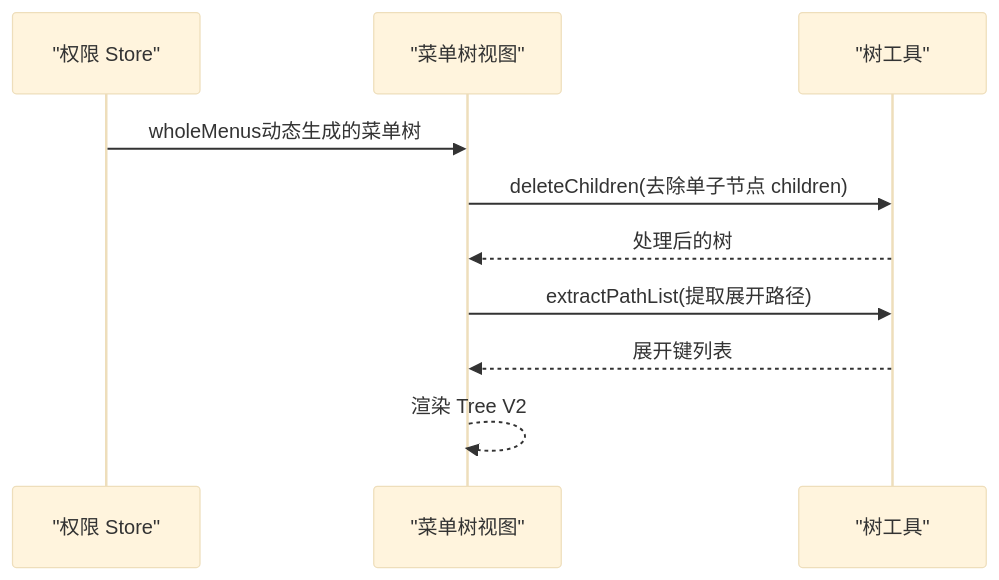
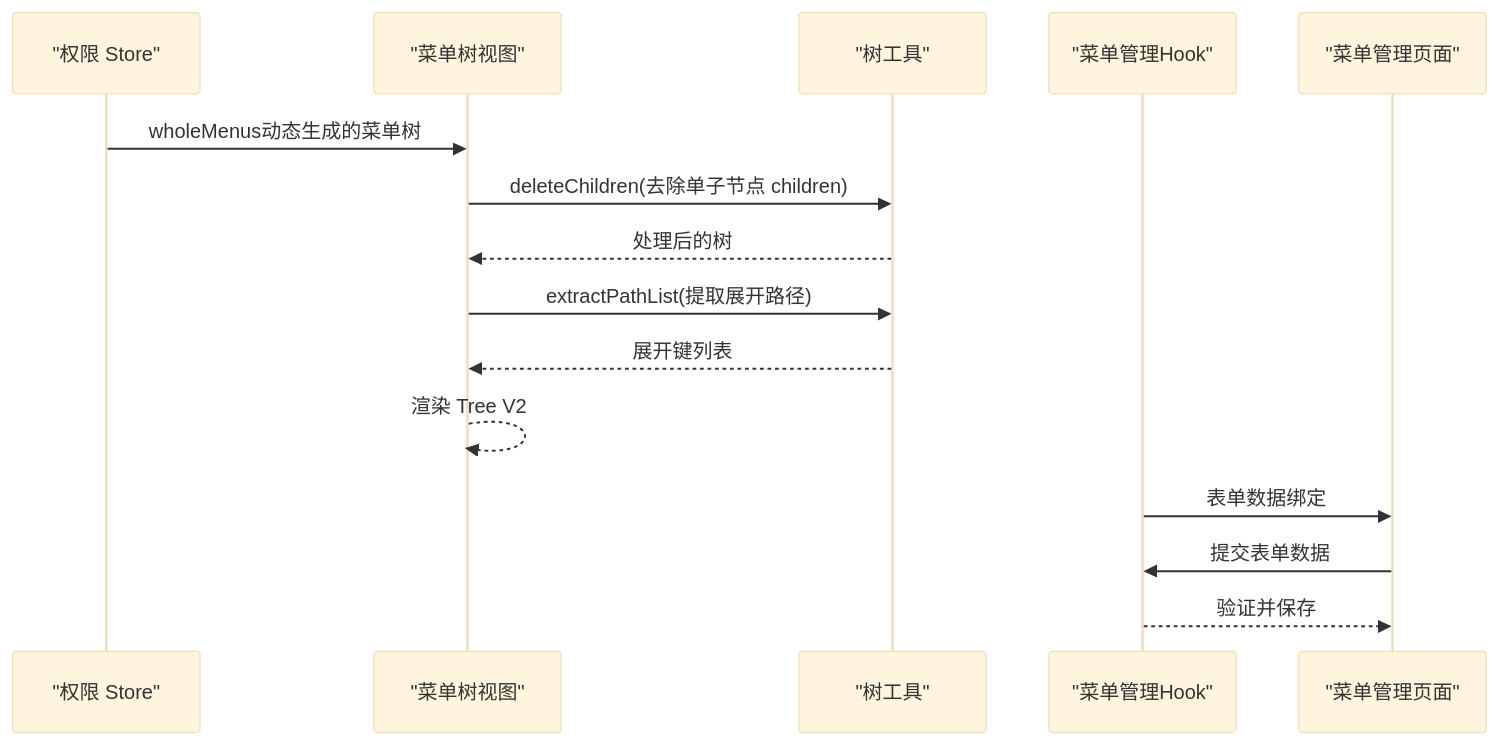
The seventh of 9 diagrams in .qoder/repowiki/zh/content/数据库设计/数据模型设计/菜单实体模型.md (taoweidong/Hello-FastApi), drawn with Mermaid (base theme) before and after one commit. The commit also changed other lines of this file and 11 other files, not shown here.

````diff
--- a/.qoder/repowiki/zh/content/数据库设计/数据模型设计/菜单实体模型.md
+++ b/.qoder/repowiki/zh/content/数据库设计/数据模型设计/菜单实体模型.md
@@ -321,12 +422,17 @@
 ```mermaid
 sequenceDiagram
 participant Store as "权限 Store"
 participant View as "菜单树视图"
 participant Utils as "树工具"
+participant Hook as "菜单管理Hook"
+participant Page as "菜单管理页面"
 Store->>View : wholeMenus动态生成的菜单树
 View->>Utils : deleteChildren(去除单子节点 children)
 Utils-->>View : 处理后的树
 View->>Utils : extractPathList(提取展开路径)
 Utils-->>View : 展开键列表
 View-->>View : 渲染 Tree V2
+Hook->>Page : 表单数据绑定
+Page->>Hook : 提交表单数据
+Hook-->>Page : 验证并保存
 ```
````
